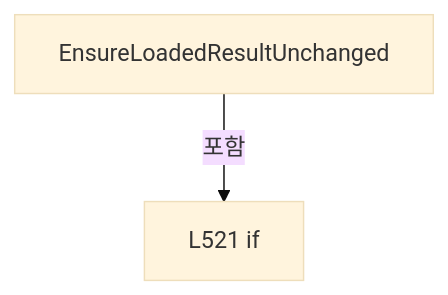
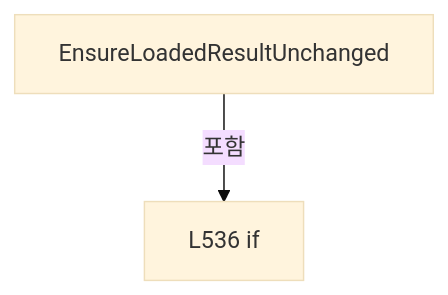
Before and after one commit to kjuws10-rgb/Shared: diagram 11 of 18 in A3 LD Code Ref/files/Drilling.UI/Menu/Menus/CMenuCorrection.ReviewData.Offset.cs.md, drawn with Mermaid (base theme). The commit also changed other lines of this file and 2071 other files, not shown here.

Commit message:
docs(a3): update 11.19.0 architecture and code reference

````diff
--- a/A3 LD Code Ref/files/Drilling.UI/Menu/Menus/CMenuCorrection.ReviewData.Offset.cs.md
+++ b/A3 LD Code Ref/files/Drilling.UI/Menu/Menus/CMenuCorrection.ReviewData.Offset.cs.md
@@ -1625,6 +1635,6 @@
 ```mermaid
 flowchart TD
  M["EnsureLoadedResultUnchanged"]
- N0["L521 if"]
+ N0["L536 if"]
  M -->|포함| N0
 ```
````
